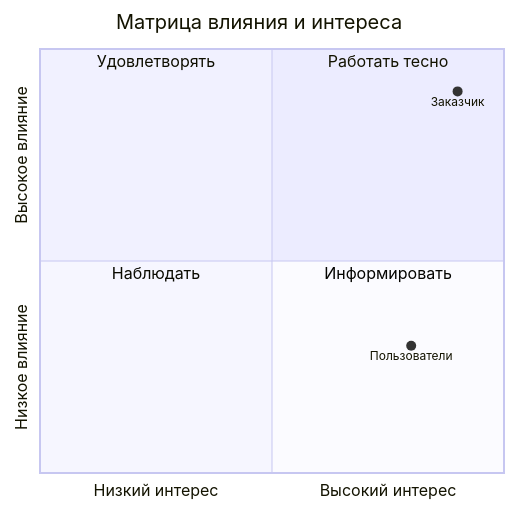
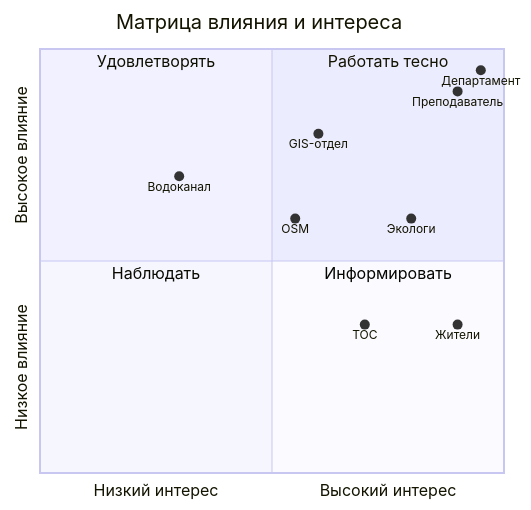
Before and after one commit to DogSlark/pm-lab-11-green-ndvi: the diagram in docs/stakeholders.md, drawn with Mermaid. The commit also changed other lines of this file, not shown here.

````diff
--- a/docs/stakeholders.md
+++ b/docs/stakeholders.md
@@ -13,12 +18,18 @@
 ```mermaid
 quadrantChart
     title Матрица влияния и интереса
     x-axis Низкий интерес --> Высокий интерес
     y-axis Низкое влияние --> Высокое влияние
     quadrant-1 Работать тесно
     quadrant-2 Удовлетворять
     quadrant-3 Наблюдать
     quadrant-4 Информировать
-    Заказчик: [0.9, 0.9]
-    Пользователи: [0.8, 0.3]
+    Департамент: [0.95, 0.95]
+    Преподаватель: [0.9, 0.9]
+    Жители: [0.9, 0.35]
+    Экологи: [0.8, 0.6]
+    GIS-отдел: [0.6, 0.8]
+    OSM: [0.55, 0.6]
+    Водоканал: [0.3, 0.7]
+    ТОС: [0.7, 0.35]
 ```
````
